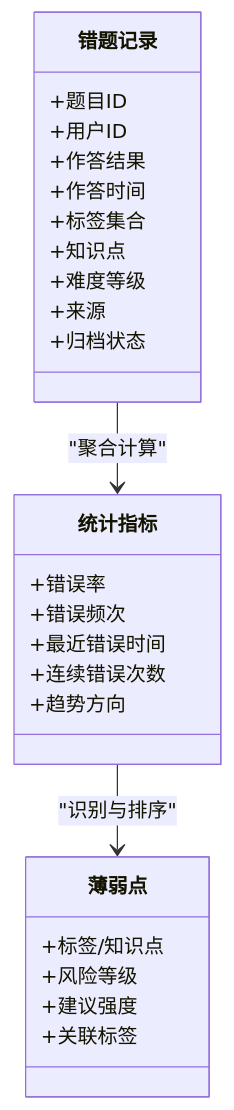
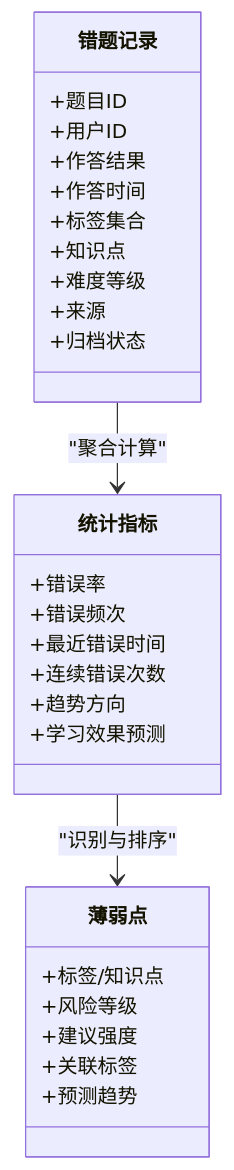
The fourth of 8 diagrams in .qoder/repowiki/zh/content/核心功能模块/错题管理系统.md (cwb7756/bio), drawn with Mermaid before and after one commit. The commit also changed other lines of this file and 19 other files, not shown here.

````diff
--- a/.qoder/repowiki/zh/content/核心功能模块/错题管理系统.md
+++ b/.qoder/repowiki/zh/content/核心功能模块/错题管理系统.md
@@ -183,29 +185,31 @@
 ```mermaid
 classDiagram
 class 错题记录 {
 +题目ID
 +用户ID
 +作答结果
 +作答时间
 +标签集合
 +知识点
 +难度等级
 +来源
 +归档状态
 }
 class 统计指标 {
 +错误率
 +错误频次
 +最近错误时间
 +连续错误次数
 +趋势方向
++学习效果预测
 }
 class 薄弱点 {
 +标签/知识点
 +风险等级
 +建议强度
 +关联标签
++预测趋势
 }
 错题记录 --> 统计指标 : "聚合计算"
 统计指标 --> 薄弱点 : "识别与排序"
 ```
````
